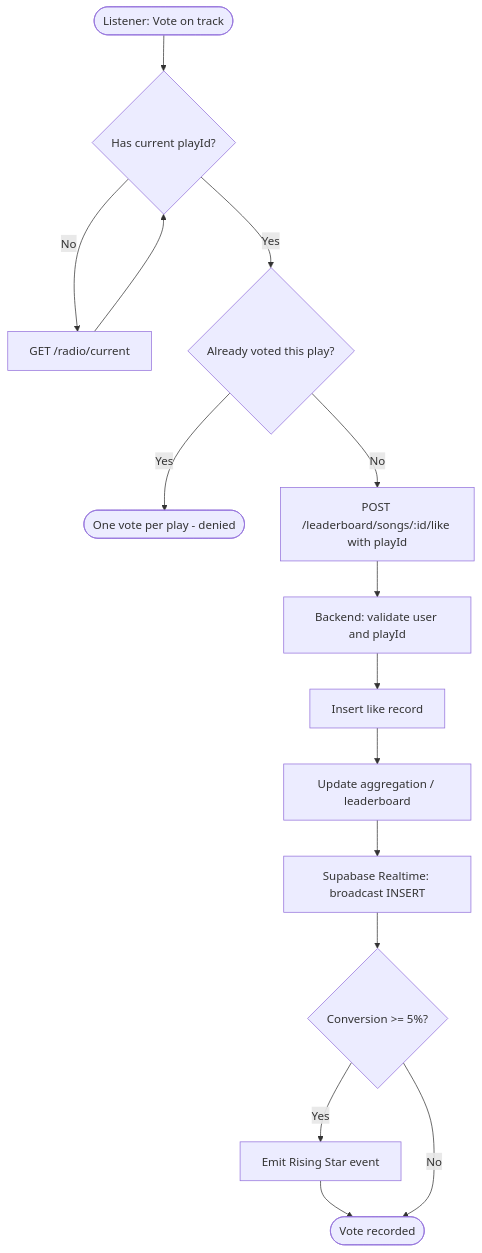
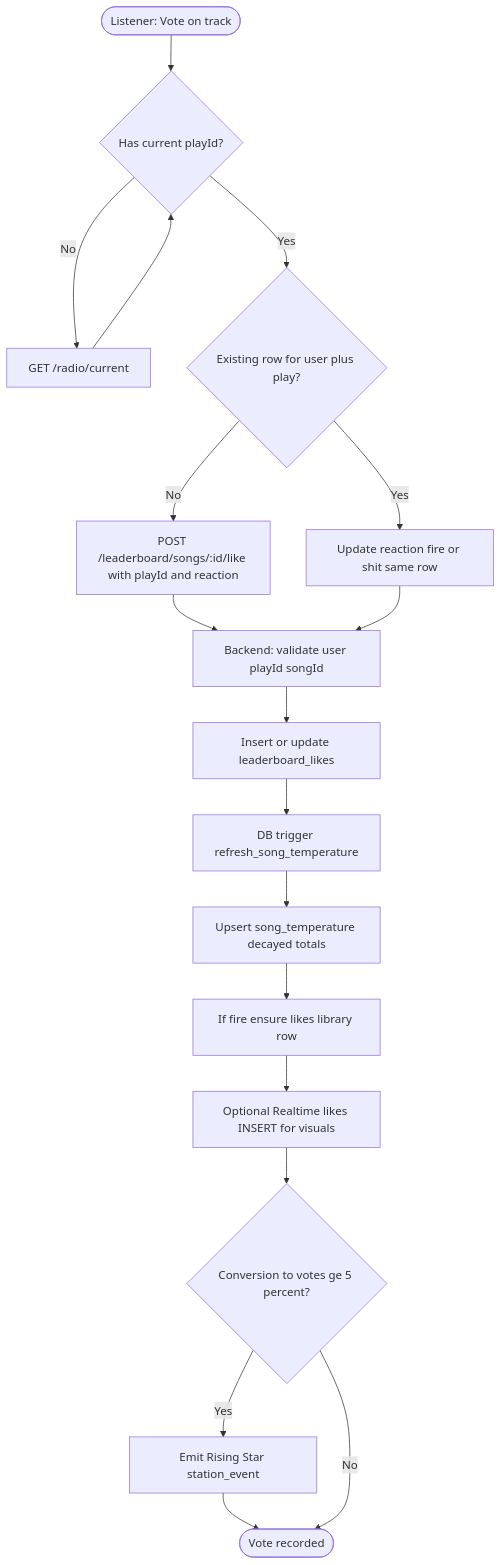
One commit to Tmaku18/RADIOapp changed diagram 14 of 23 in docs/UML/uml-diagrams.md. Above: the diagram before and after it, drawn with Mermaid. The commit also changed other lines of this file and 6 other files, not shown here.

Commit message:
Docs: align README, API, schema, UML with temperature and leaderboards (047-049)

````diff
--- a/docs/UML/uml-diagrams.md
+++ b/docs/UML/uml-diagrams.md
@@ -399,18 +401,20 @@
 ```mermaid
 flowchart TD
     Start([Listener: Vote on track]) --> HasPlayId{Has current playId?}
     HasPlayId -->|No| GetCurrent[GET /radio/current]
     GetCurrent --> HasPlayId
-    HasPlayId -->|Yes| AlreadyVoted{Already voted this play?}
-    AlreadyVoted -->|Yes| Deny([One vote per play - denied])
-    AlreadyVoted -->|No| PostLike[POST /leaderboard/songs/:id/like with playId]
-
-    PostLike --> BackendValidate[Backend: validate user and playId]
-    BackendValidate --> InsertLike[Insert like record]
-    InsertLike --> UpdateCount[Update aggregation / leaderboard]
-    UpdateCount --> RealtimeNotify[Supabase Realtime: broadcast INSERT]
-    RealtimeNotify --> CheckRisingStar{Conversion >= 5%?}
-    CheckRisingStar -->|Yes| EmitRisingStar[Emit Rising Star event]
+    HasPlayId -->|Yes| HasRow{Existing row for user plus play?}
+    HasRow -->|No| PostLike[POST /leaderboard/songs/:id/like with playId and reaction]
+    HasRow -->|Yes| UpdateReact[Update reaction fire or shit same row]
+    PostLike --> BackendValidate[Backend: validate user playId songId]
+    UpdateReact --> BackendValidate
+    BackendValidate --> InsertLL[Insert or update leaderboard_likes]
+    InsertLL --> TriggerRefresh[DB trigger refresh_song_temperature]
+    TriggerRefresh --> CacheRow[Upsert song_temperature decayed totals]
+    CacheRow --> MaybeSave[If fire ensure likes library row]
+    MaybeSave --> RealtimeOptional[Optional Realtime likes INSERT for visuals]
+    RealtimeOptional --> CheckRisingStar{Conversion to votes ge 5 percent?}
+    CheckRisingStar -->|Yes| EmitRisingStar[Emit Rising Star station_event]
     EmitRisingStar --> Success([Vote recorded])
     CheckRisingStar -->|No| Success
 ```
````
